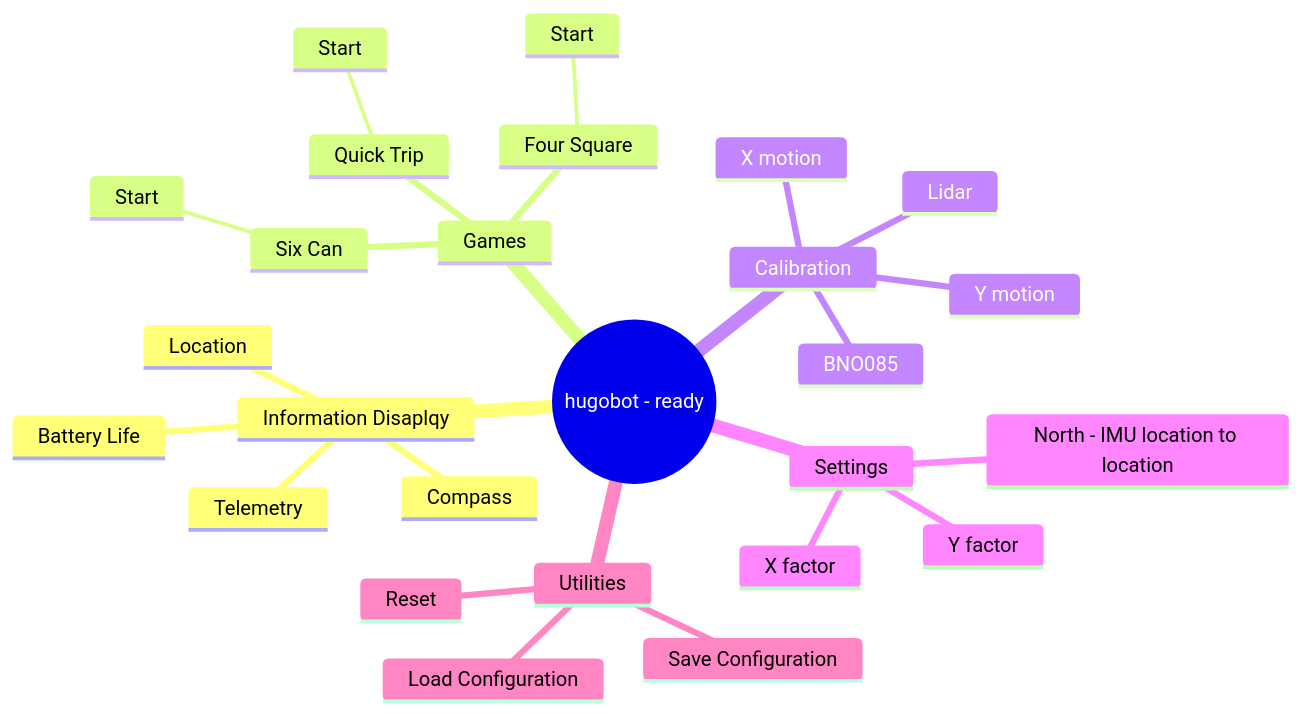
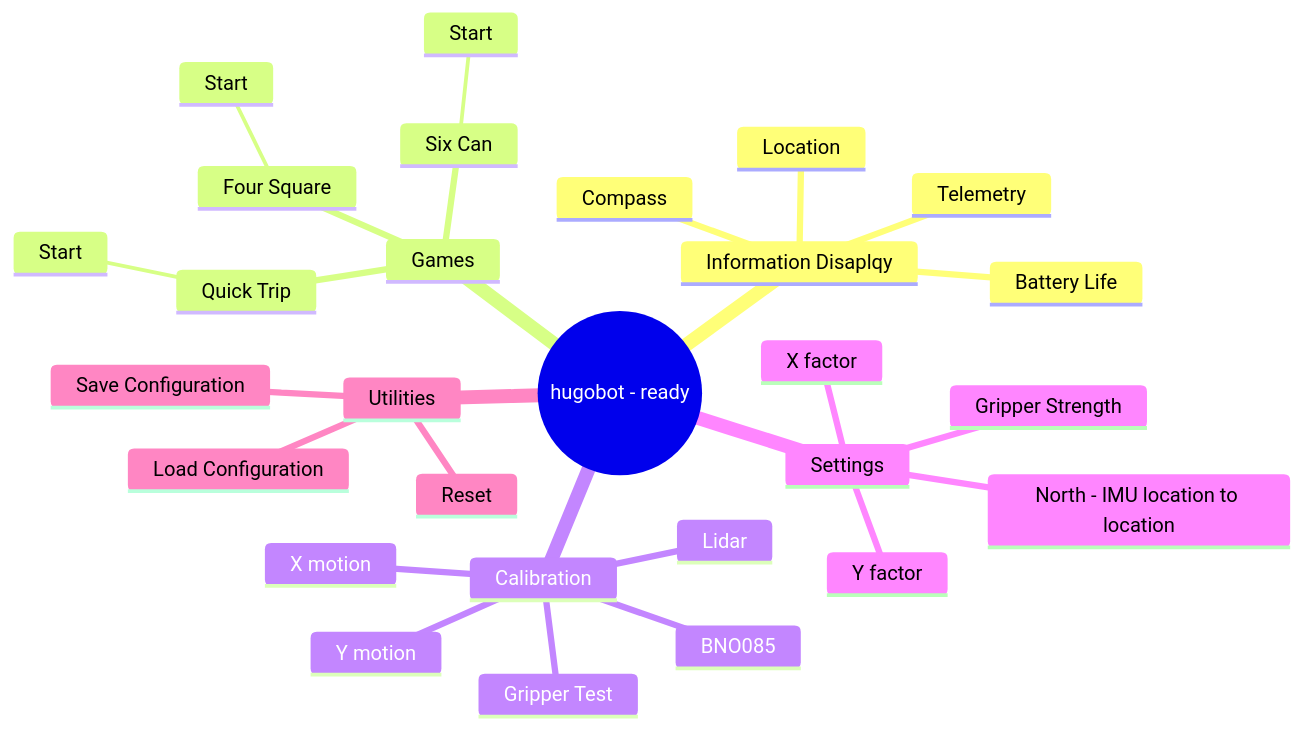
One commit to pulcher/HugoBot changed the diagram in research/menu-layout.md. Above: the diagram before and after it, drawn with Mermaid. The commit also changed 4 other files, not shown here.

````diff
--- a/research/menu-layout.md
+++ b/research/menu-layout.md
@@ -1,29 +1,31 @@
 ```mermaid 
 mindmap
   root((hugobot - ready))
     Information Disaplqy
       Telemetry
       Location
       Compass
       Battery Life
     Games
       Six Can
         Start
       Four Square
         Start
       Quick Trip
         Start
     Calibration
         X motion
         Y motion
         Lidar
         BNO085
+        Gripper Test
     Settings
         X factor
         Y factor
         North - IMU location to location
+        Gripper Strength
     Utilities
         Save Configuration
         Load Configuration
         Reset
 ```    
````
